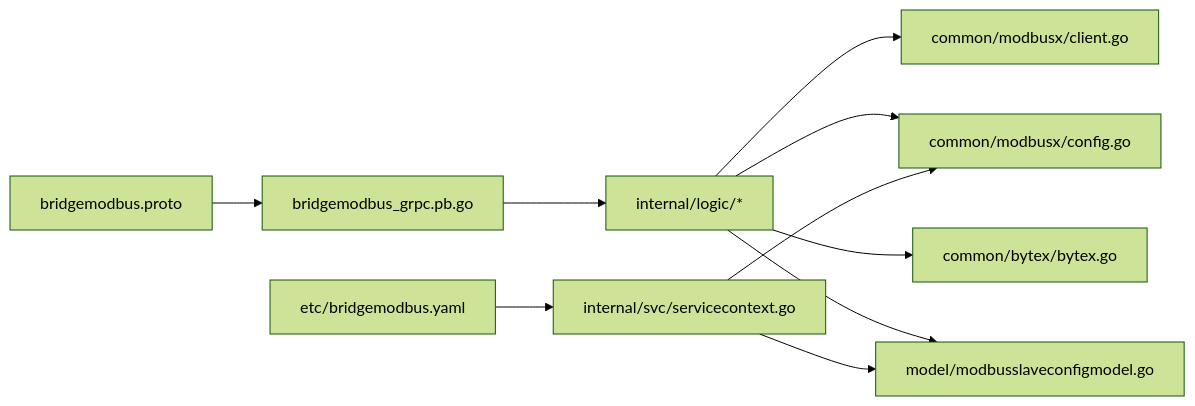
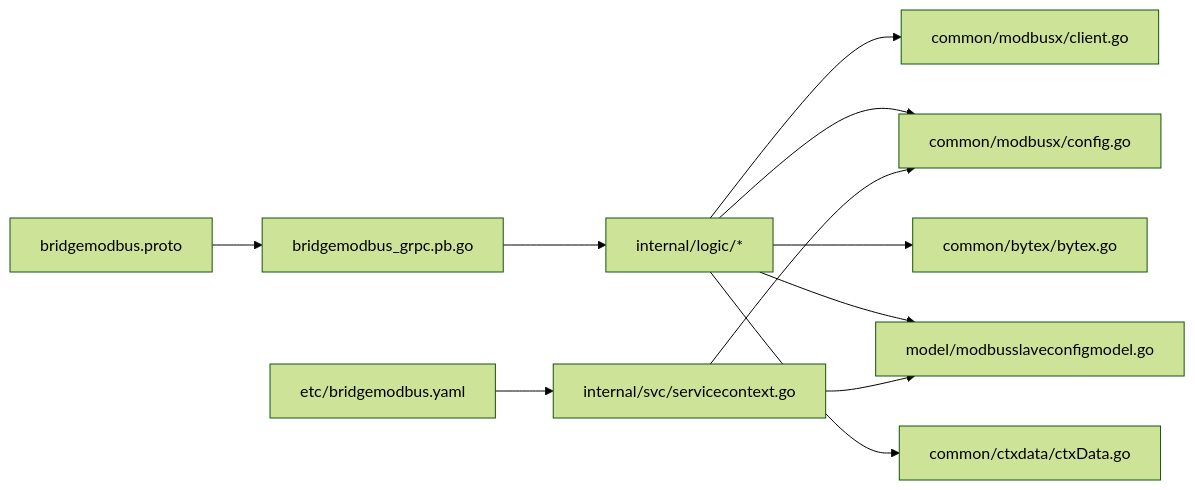
The eighth of 8 diagrams in .qoder/repowiki/zh/content/核心服务详解/Modbus 协议桥接服务/Modbus 协议桥接服务.md (maomao94/zero-service), drawn with Mermaid (forest theme) before and after one commit. The commit also changed other lines of this file and 2 other files, not shown here.

````diff
--- a/.qoder/repowiki/zh/content/核心服务详解/Modbus 协议桥接服务/Modbus 协议桥接服务.md
+++ b/.qoder/repowiki/zh/content/核心服务详解/Modbus 协议桥接服务/Modbus 协议桥接服务.md
@@ -318,12 +369,13 @@
 ```mermaid
 graph LR
 Proto["bridgemodbus.proto"] --> Grpc["bridgemodbus_grpc.pb.go"]
 Grpc --> Logic["internal/logic/*"]
 Logic --> MBX["common/modbusx/client.go"]
 Logic --> PM["common/modbusx/config.go"]
 Logic --> BYT["common/bytex/bytex.go"]
 Logic --> Model["model/modbusslaveconfigmodel.go"]
+Logic --> CTX["common/ctxdata/ctxData.go"]
 Cfg["etc/bridgemodbus.yaml"] --> Svc["internal/svc/servicecontext.go"]
 Svc --> PM
 Svc --> Model
 ```
````
